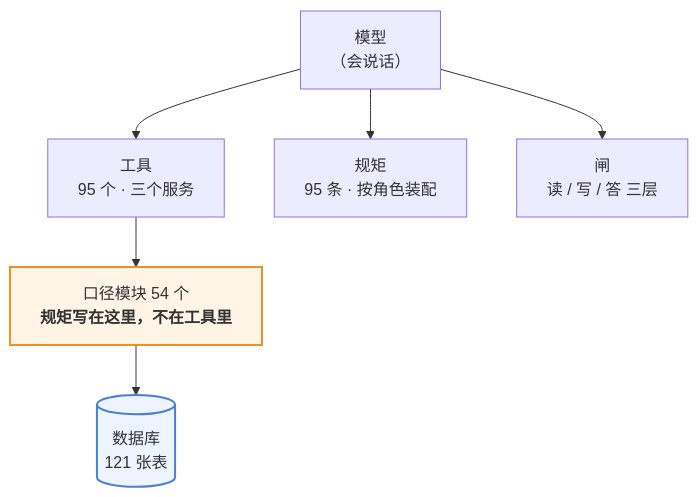
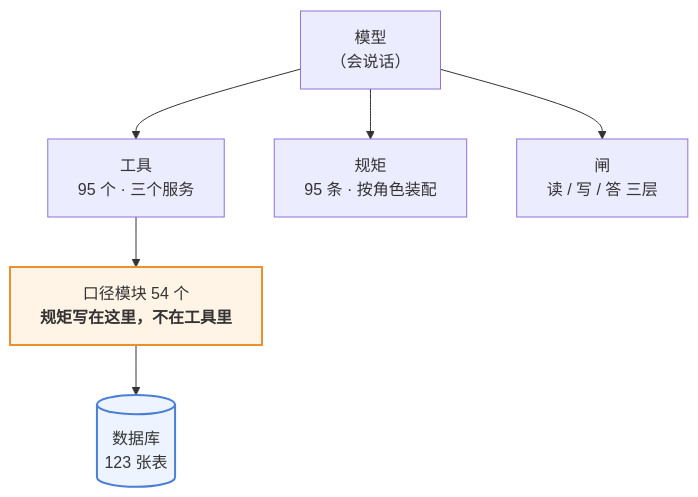
The first of 3 diagrams in 澜绣云裳agent-产品说明.md (843773296-rgb/lanxiu-yunshang-agent), drawn with Mermaid before and after one commit. The commit also changed other lines of this file and 3 other files, not shown here.

````diff
--- a/澜绣云裳agent-产品说明.md
+++ b/澜绣云裳agent-产品说明.md
@@ -62,12 +62,12 @@
 ```mermaid
 flowchart TD
     M["模型<br/>（会说话）"]
     M --> T["工具<br/>95 个 · 三个服务"]
     M --> R["规矩<br/>95 条 · 按角色装配"]
     M --> G["闸<br/>读 / 写 / 答 三层"]
     T --> K["口径模块 54 个<br/><b>规矩写在这里，不在工具里</b>"]
-    K --> DB[("数据库<br/>121 张表")]
+    K --> DB[("数据库<br/>123 张表")]
 
     style K fill:#fff4e6,stroke:#e8912d,stroke-width:2px
     style DB fill:#eef4ff,stroke:#4a7fd4,stroke-width:2px
 ```
````
